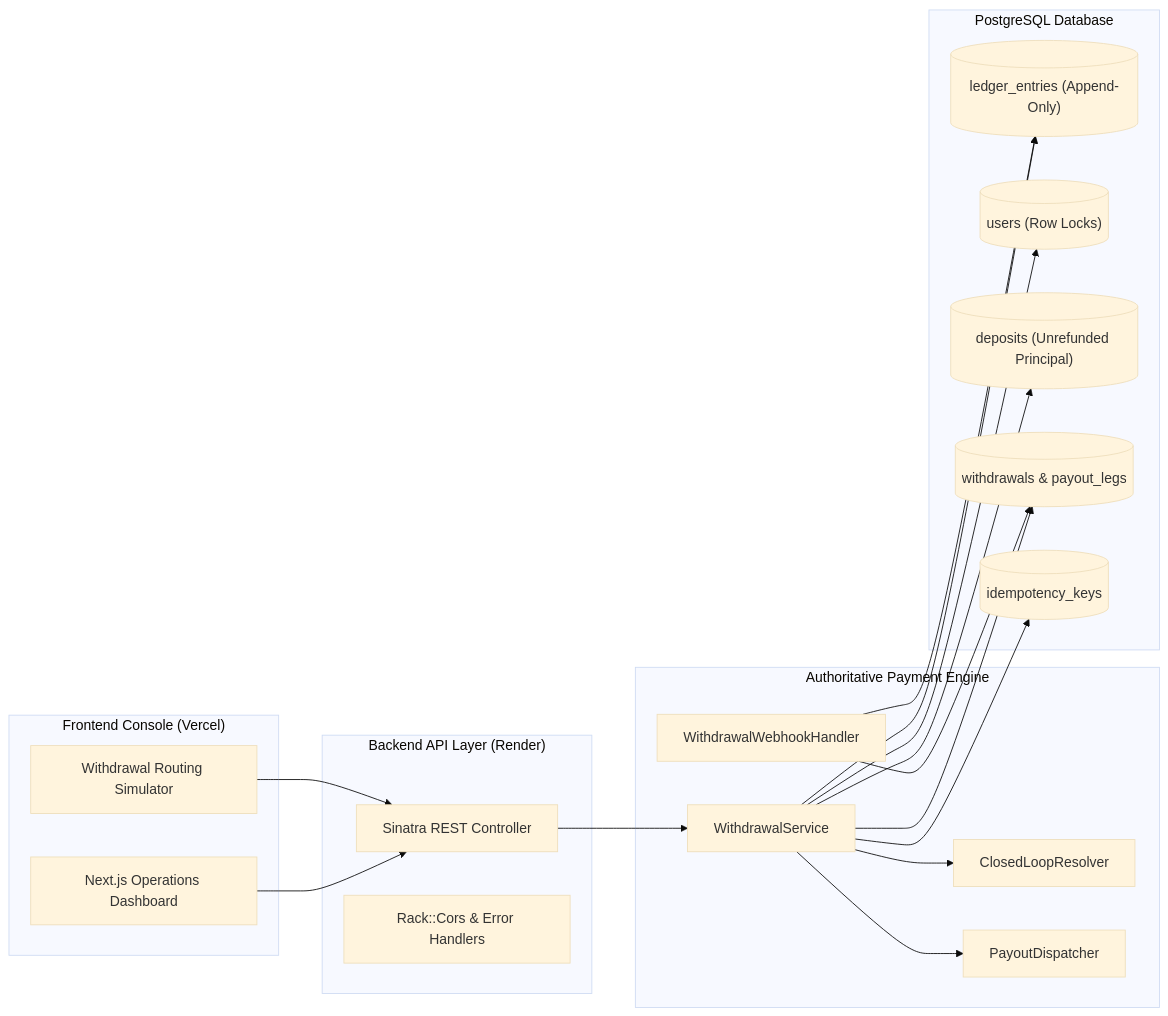
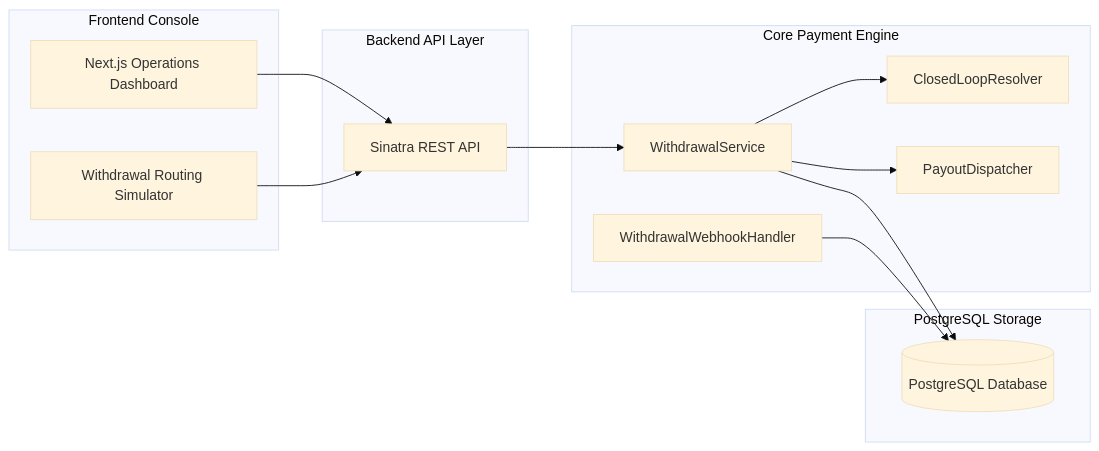
Before and after one commit to raja9693bth/soap-payments-closed-loop-withdrawal-router: the diagram in README.md, drawn with Mermaid (base theme). The commit also changed other lines of this file and 4 other files, not shown here.

````diff
--- a/README.md
+++ b/README.md
@@ -17,40 +17,30 @@
 ```mermaid
-flowchart LR
-    subgraph Client ["Frontend Console (Vercel)"]
-        UI["Next.js Operations Dashboard"]
-        Sim["Withdrawal Routing Simulator"]
+graph LR
+    subgraph Frontend[Frontend Console]
+        UI[Next.js Operations Dashboard]
+        SIM[Withdrawal Routing Simulator]
     end
 
-    subgraph API ["Backend API Layer (Render)"]
-        Sinatra["Sinatra REST Controller"]
-        CORS["Rack::Cors & Error Handlers"]
+    subgraph API[Backend API Layer]
+        Sinatra[Sinatra REST API]
     end
 
-    subgraph Core ["Authoritative Payment Engine"]
-        WS["WithdrawalService"]
-        CLR["ClosedLoopResolver"]
-        PD["PayoutDispatcher"]
-        WWH["WithdrawalWebhookHandler"]
+    subgraph Core[Core Payment Engine]
+        WS[WithdrawalService]
+        CLR[ClosedLoopResolver]
+        PD[PayoutDispatcher]
+        WH[WithdrawalWebhookHandler]
     end
 
-    subgraph DB ["PostgreSQL Database"]
-        Ledger[("ledger_entries (Append-Only)")]
-        Users[("users (Row Locks)")]
-        Deps[("deposits (Unrefunded Principal)")]
-        Withdrawals[("withdrawals & payout_legs")]
-        Idem[("idempotency_keys")]
+    subgraph Storage[PostgreSQL Storage]
+        DB[(PostgreSQL Database)]
     end
 
     UI --> Sinatra
-    Sim --> Sinatra
+    SIM --> Sinatra
     Sinatra --> WS
     WS --> CLR
     WS --> PD
-    WS --> Users
-    WS --> Deps
-    WS --> Withdrawals
-    WS --> Ledger
-    WS --> Idem
-    WWH --> Withdrawals
-    WWH --> Ledger
+    WS --> DB
+    WH --> DB
 ```
````
